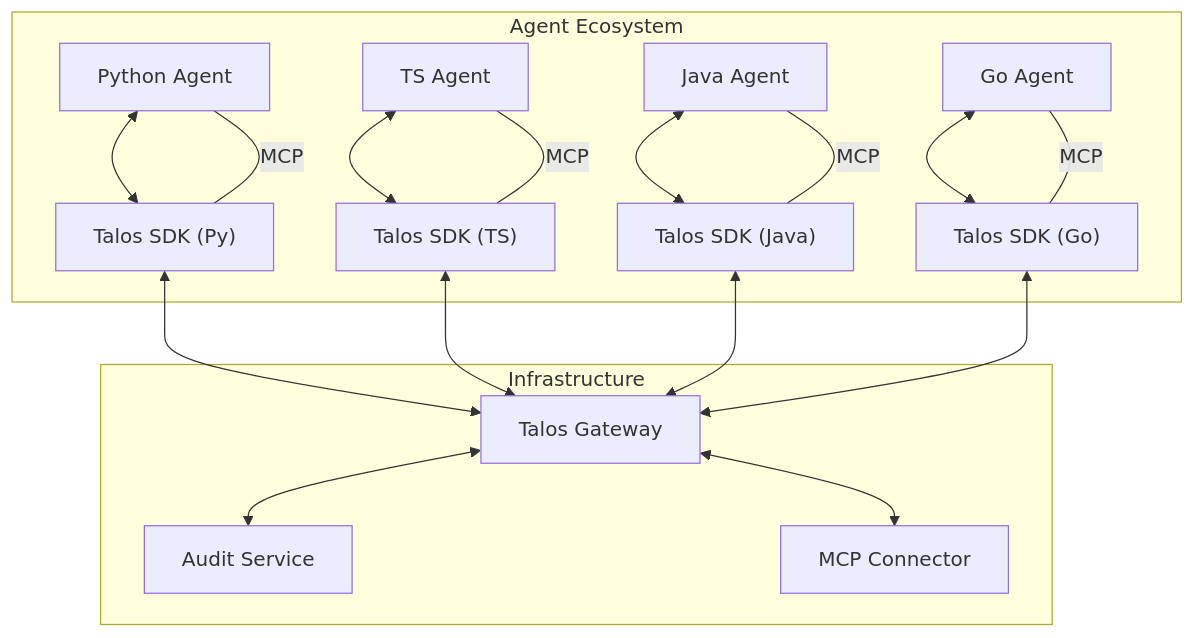
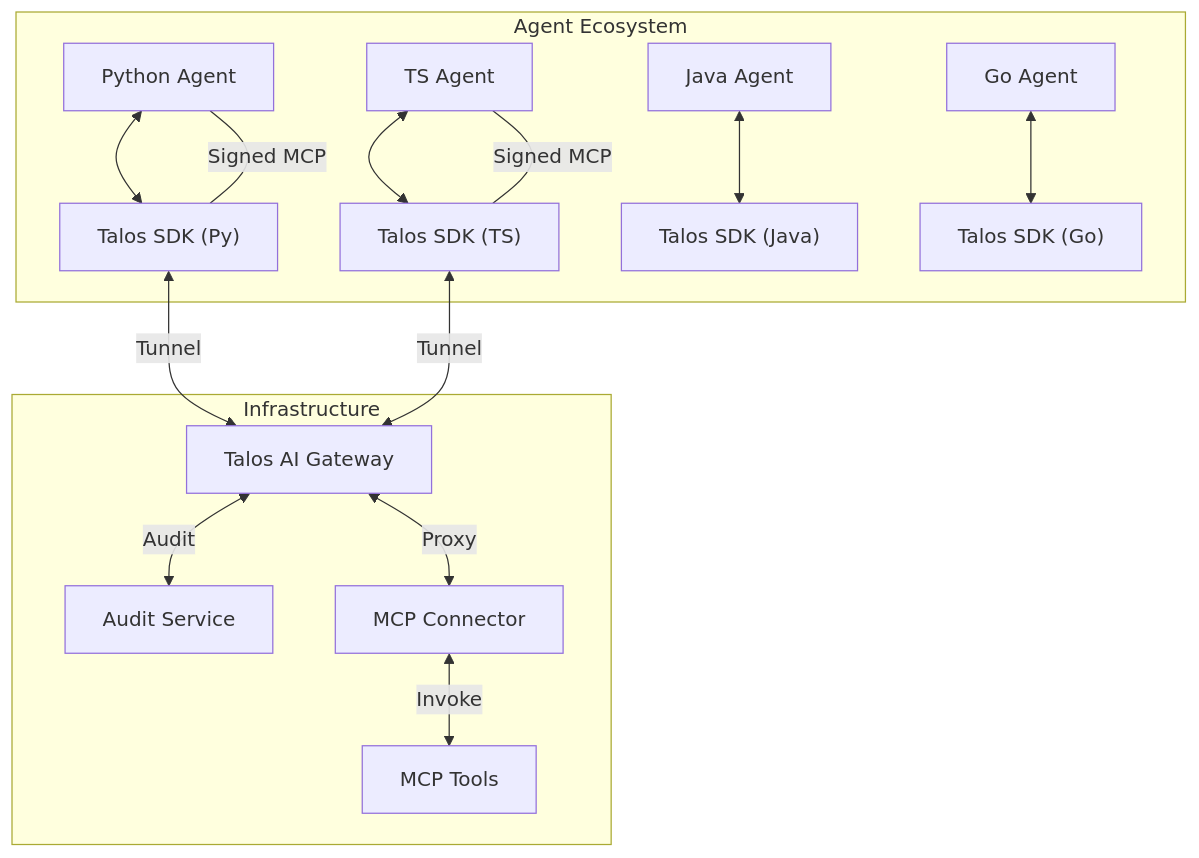
The diagram in README.md (talosprotocol/talos-docs), drawn with Mermaid before and after one commit.

````diff
--- a/README.md
+++ b/README.md
@@ -15,29 +15,27 @@
 ```mermaid
 graph TD
 
 subgraph Agent_Ecosystem[Agent Ecosystem]
   A["Python Agent"] <--> TP["Talos SDK (Py)"]
   B["TS Agent"] <--> TS["Talos SDK (TS)"]
   C["Java Agent"] <--> TJ["Talos SDK (Java)"]
   D["Go Agent"] <--> TG["Talos SDK (Go)"]
 end
 
 subgraph Infrastructure[Infrastructure]
-  GW[Talos Gateway]
+  GW[Talos AI Gateway]
   AS[Audit Service]
   CN[MCP Connector]
+  Tools[MCP Tools]
 end
 
-A ---|MCP| TP
-B ---|MCP| TS
-C ---|MCP| TJ
-D ---|MCP| TG
+A ---|Signed MCP| TP
+B ---|Signed MCP| TS
 
-TP <--> GW
-TS <--> GW
-TJ <--> GW
-TG <--> GW
+TP <-->|Tunnel| GW
+TS <-->|Tunnel| GW
 
-GW <--> AS
-GW <--> CN
+GW <-->|Audit| AS
+GW <-->|Proxy| CN
+CN <-->|Invoke| Tools
 ```
````
